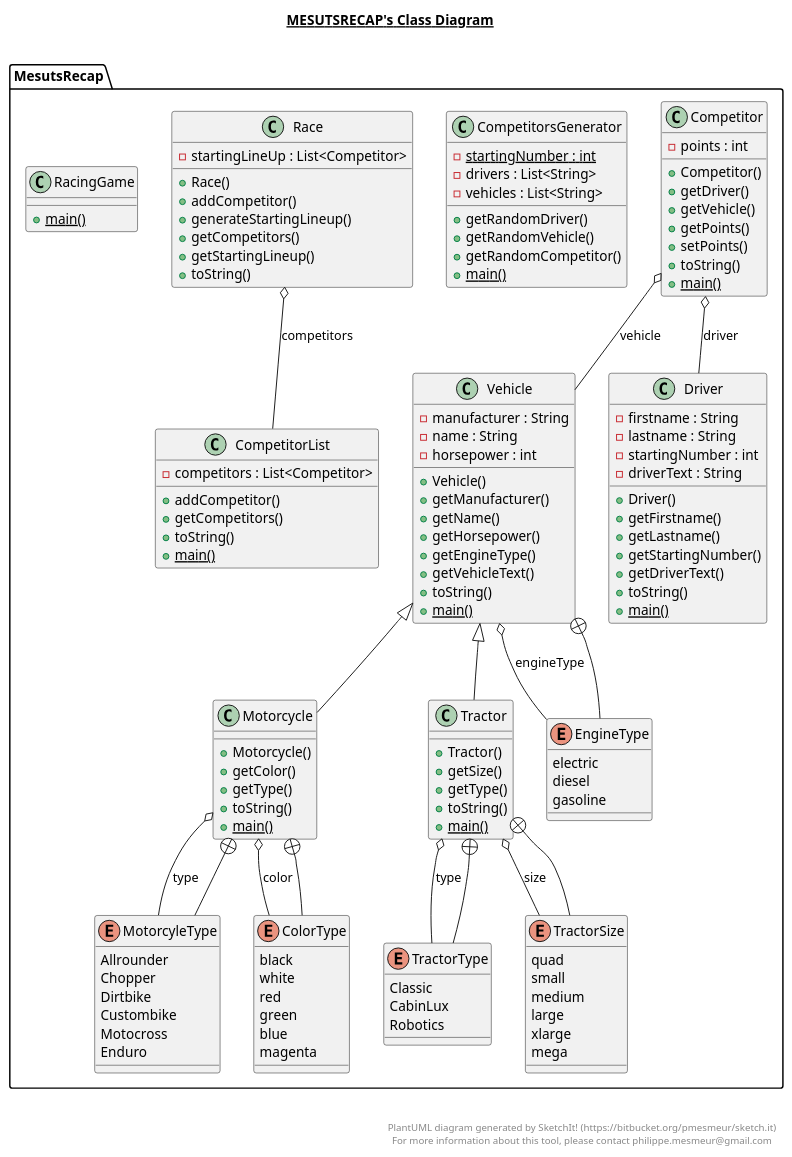
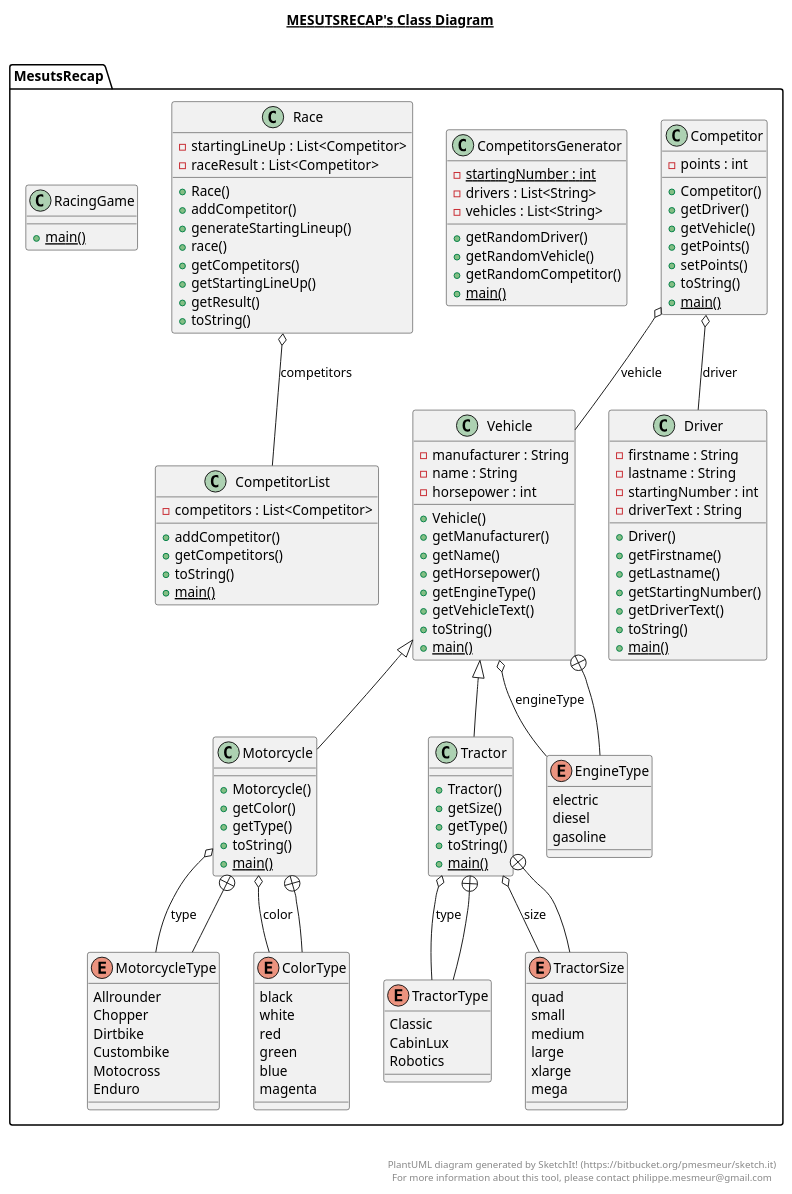
The diagram in src/main/java/MesutsRecap/MesutsRecap.plantuml (axelmotyka/adventcalendar), drawn with PlantUML before and after one commit. The commit also changed 20 other files, not shown here.

```diff
--- a/src/main/java/MesutsRecap/MesutsRecap.plantuml
+++ b/src/main/java/MesutsRecap/MesutsRecap.plantuml
@@ -1,197 +1,200 @@
 @startuml
 
 title __MESUTSRECAP's Class Diagram__\n
 
   package MesutsRecap {
     class Competitor {
         - points : int
         + Competitor()
         + getDriver()
         + getVehicle()
         + getPoints()
         + setPoints()
         + toString()
         {static} + main()
     }
   }
   
 
   package MesutsRecap {
     class CompetitorList {
         - competitors : List<Competitor>
         + addCompetitor()
         + getCompetitors()
         + toString()
         {static} + main()
     }
   }
   
 
   package MesutsRecap {
     class CompetitorsGenerator {
         {static} - startingNumber : int
         - drivers : List<String>
         - vehicles : List<String>
         + getRandomDriver()
         + getRandomVehicle()
         + getRandomCompetitor()
         {static} + main()
     }
   }
   
 
   package MesutsRecap {
     class Driver {
         - firstname : String
         - lastname : String
         - startingNumber : int
         - driverText : String
         + Driver()
         + getFirstname()
         + getLastname()
         + getStartingNumber()
         + getDriverText()
         + toString()
         {static} + main()
     }
   }
   
 
   package MesutsRecap {
     class Motorcycle {
         + Motorcycle()
         + getColor()
         + getType()
         + toString()
         {static} + main()
     }
   }
   
 
   package MesutsRecap {
-    enum MotorcyleType {
+    enum MotorcycleType {
       Allrounder
       Chopper
       Dirtbike
       Custombike
       Motocross
       Enduro
     }
   }
   
 
   package MesutsRecap {
     enum ColorType {
       black
       white
       red
       green
       blue
       magenta
     }
   }
   
 
   package MesutsRecap {
     class Race {
         - startingLineUp : List<Competitor>
+        - raceResult : List<Competitor>
         + Race()
         + addCompetitor()
         + generateStartingLineup()
+        + race()
         + getCompetitors()
-        + getStartingLineup()
+        + getStartingLineUp()
+        + getResult()
         + toString()
     }
   }
   
 
   package MesutsRecap {
     class RacingGame {
         {static} + main()
     }
   }
   
 
   package MesutsRecap {
     class Tractor {
         + Tractor()
         + getSize()
         + getType()
         + toString()
         {static} + main()
     }
   }
   
 
   package MesutsRecap {
     enum TractorType {
       Classic
       CabinLux
       Robotics
     }
   }
   
 
   package MesutsRecap {
     enum TractorSize {
       quad
       small
       medium
       large
       xlarge
       mega
     }
   }
   
 
   package MesutsRecap {
     class Vehicle {
         - manufacturer : String
         - name : String
         - horsepower : int
         + Vehicle()
         + getManufacturer()
         + getName()
         + getHorsepower()
         + getEngineType()
         + getVehicleText()
         + toString()
         {static} + main()
     }
   }
   
 
   package MesutsRecap {
     enum EngineType {
       electric
       diesel
       gasoline
     }
   }
   
 
   Competitor o-- Driver : driver
   Competitor o-- Vehicle : vehicle
   Motorcycle -up-|> Vehicle
   Motorcycle o-- ColorType : color
-  Motorcycle o-- MotorcyleType : type
-  Motorcycle +-down- MotorcyleType
+  Motorcycle o-- MotorcycleType : type
+  Motorcycle +-down- MotorcycleType
   Motorcycle +-down- ColorType
   Race o-- CompetitorList : competitors
   Tractor -up-|> Vehicle
   Tractor o-- TractorType : type
   Tractor o-- TractorSize : size
   Tractor +-down- TractorType
   Tractor +-down- TractorSize
   Vehicle o-- EngineType : engineType
   Vehicle +-down- EngineType
 
 
 right footer
 
 
 PlantUML diagram generated by SketchIt! (https://bitbucket.org/pmesmeur/sketch.it)
 For more information about this tool, please contact philippe.mesmeur@gmail.com
 endfooter
 
 @enduml
```
